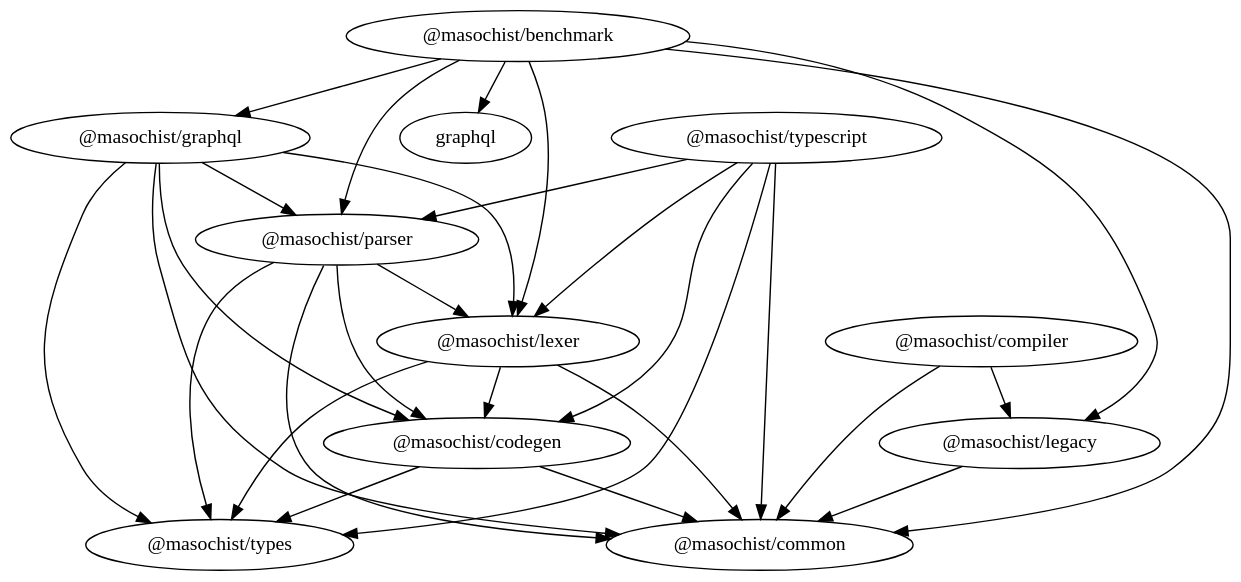
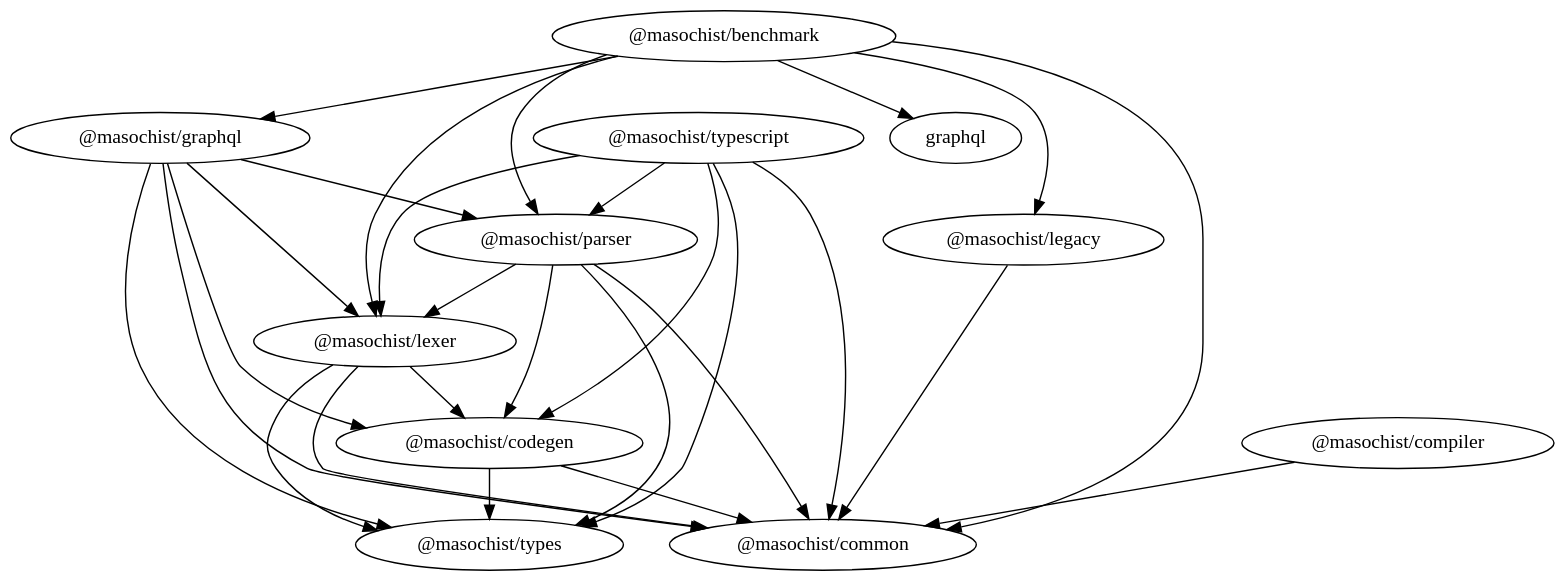
The diagram in docs/packages-light.dot (wincent/masochist), drawn with Graphviz before and after one commit. The commit also changed 4 other files, not shown here.

```diff
--- a/docs/packages-light.dot
+++ b/docs/packages-light.dot
@@ -1,47 +1,46 @@
 // vim: set nomodifiable : DO NOT EDIT
 //
 // Edit "support/dotifyDependencyGraph.ts" and run "make docs" instead.
 //
 // @generated
 
 digraph dependency_graph {
   bgcolor = "transparent";
 
   node[color = "black", fontcolor = "black"]; "@masochist/benchmark"
   node[color = "black", fontcolor = "black"]; "@masochist/codegen"
   node[color = "black", fontcolor = "black"]; "@masochist/compiler"
   node[color = "black", fontcolor = "black"]; "@masochist/graphql"
   node[color = "black", fontcolor = "black"]; "@masochist/legacy"
   node[color = "black", fontcolor = "black"]; "@masochist/lexer"
   node[color = "black", fontcolor = "black"]; "@masochist/parser"
   node[color = "black", fontcolor = "black"]; "@masochist/typescript"
 
   "@masochist/benchmark" -> "@masochist/common" [color = "black", fontcolor = "black"];
   "@masochist/benchmark" -> "@masochist/graphql" [color = "black", fontcolor = "black"];
   "@masochist/benchmark" -> "@masochist/legacy" [color = "black", fontcolor = "black"];
   "@masochist/benchmark" -> "@masochist/lexer" [color = "black", fontcolor = "black"];
   "@masochist/benchmark" -> "@masochist/parser" [color = "black", fontcolor = "black"];
   "@masochist/benchmark" -> "graphql" [color = "black", fontcolor = "black"];
   "@masochist/codegen" -> "@masochist/common" [color = "black", fontcolor = "black"];
   "@masochist/codegen" -> "@masochist/types" [color = "black", fontcolor = "black"];
   "@masochist/compiler" -> "@masochist/common" [color = "black", fontcolor = "black"];
-  "@masochist/compiler" -> "@masochist/legacy" [color = "black", fontcolor = "black"];
   "@masochist/graphql" -> "@masochist/codegen" [color = "black", fontcolor = "black"];
   "@masochist/graphql" -> "@masochist/common" [color = "black", fontcolor = "black"];
   "@masochist/graphql" -> "@masochist/lexer" [color = "black", fontcolor = "black"];
   "@masochist/graphql" -> "@masochist/parser" [color = "black", fontcolor = "black"];
   "@masochist/graphql" -> "@masochist/types" [color = "black", fontcolor = "black"];
   "@masochist/legacy" -> "@masochist/common" [color = "black", fontcolor = "black"];
   "@masochist/lexer" -> "@masochist/codegen" [color = "black", fontcolor = "black"];
   "@masochist/lexer" -> "@masochist/common" [color = "black", fontcolor = "black"];
   "@masochist/lexer" -> "@masochist/types" [color = "black", fontcolor = "black"];
   "@masochist/parser" -> "@masochist/codegen" [color = "black", fontcolor = "black"];
   "@masochist/parser" -> "@masochist/common" [color = "black", fontcolor = "black"];
   "@masochist/parser" -> "@masochist/lexer" [color = "black", fontcolor = "black"];
   "@masochist/parser" -> "@masochist/types" [color = "black", fontcolor = "black"];
   "@masochist/typescript" -> "@masochist/codegen" [color = "black", fontcolor = "black"];
   "@masochist/typescript" -> "@masochist/common" [color = "black", fontcolor = "black"];
   "@masochist/typescript" -> "@masochist/lexer" [color = "black", fontcolor = "black"];
   "@masochist/typescript" -> "@masochist/parser" [color = "black", fontcolor = "black"];
   "@masochist/typescript" -> "@masochist/types" [color = "black", fontcolor = "black"];
 }
```
